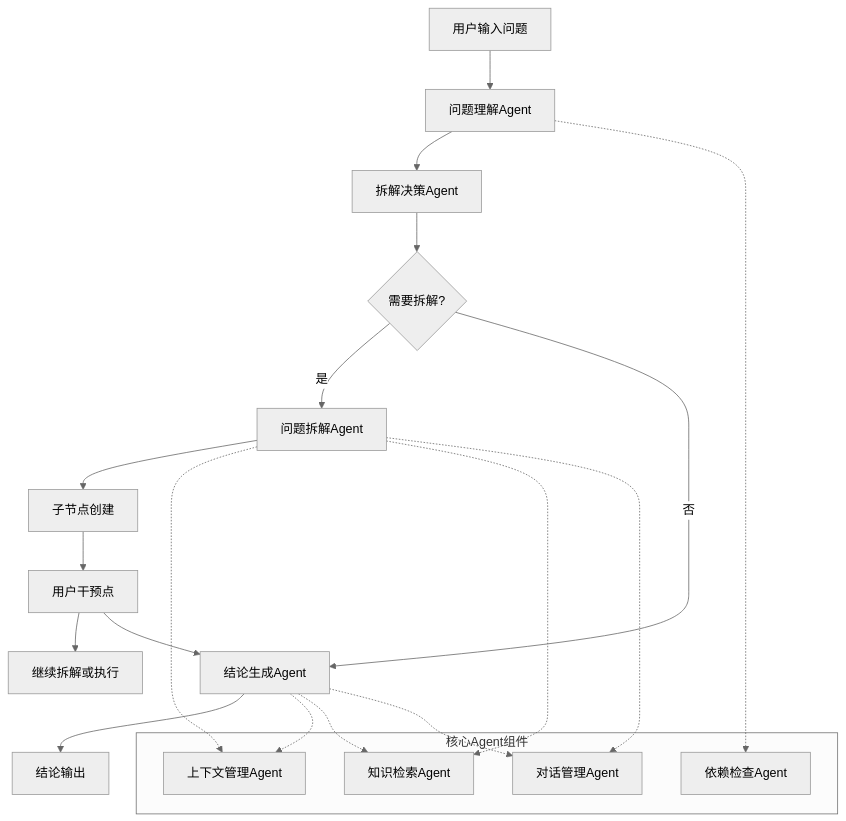
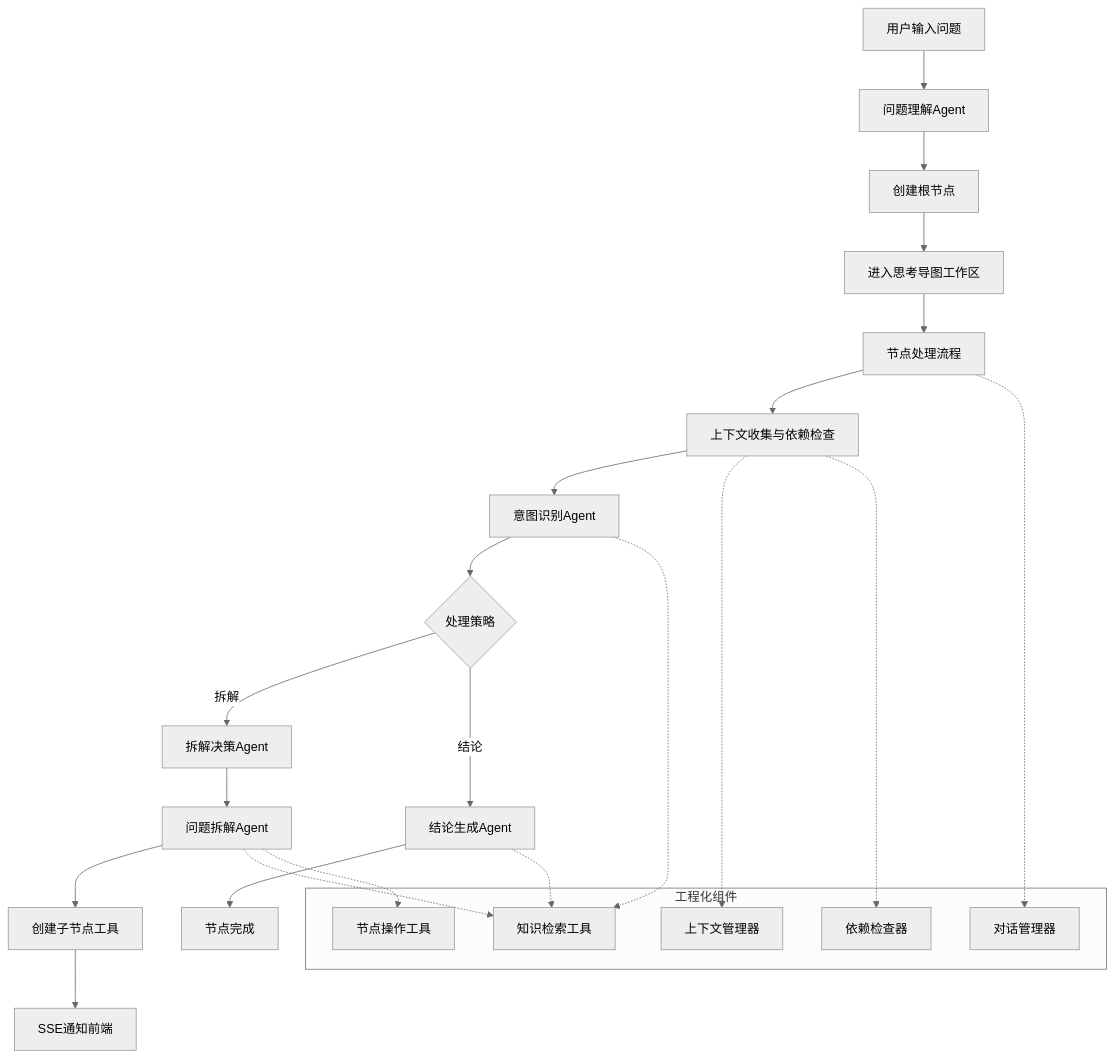
One commit to PGshen/thinking-map changed the first of 7 diagrams in docs/agent-system-design.md. Above: the diagram before and after it, drawn with Mermaid (neutral theme). The commit also changed other lines of this file, not shown here.

````diff
--- a/docs/agent-system-design.md
+++ b/docs/agent-system-design.md
@@ -16,28 +16,32 @@
 ```mermaid
 graph TB
     A[用户输入问题] --> B[问题理解Agent]
-    B --> C[拆解决策Agent]
-    C --> D{需要拆解?}
-    D -->|是| E[问题拆解Agent]
-    D -->|否| F[结论生成Agent]
-    E --> G[子节点创建]
-    G --> H[用户干预点]
-    H --> I[继续拆解或执行]
-    F --> J[结论输出]
-    H --> F
+    B --> C[创建根节点]
+    C --> D[进入思考导图工作区]
+    D --> E[节点处理流程]
+    E --> F[上下文收集与依赖检查]
+    F --> G[意图识别Agent]
+    G --> H{处理策略}
+    H -->|拆解| I[拆解决策Agent]
+    H -->|结论| J[结论生成Agent]
+    I --> K[问题拆解Agent]
+    K --> L[创建子节点工具]
+    L --> M[SSE通知前端]
+    J --> N[节点完成]
     
-    subgraph "核心Agent组件"
-        K[上下文管理Agent]
-        L[依赖检查Agent]
-        M[知识检索Agent]
-        N[对话管理Agent]
+    subgraph "工程化组件"
+        O[上下文管理器]
+        P[依赖检查器]
+        Q[知识检索工具]
+        R[对话管理器]
+        S[节点操作工具]
     end
     
-    E -.-> K
-    E -.-> M
-    F -.-> K
-    F -.-> M
-    B -.-> L
-    E -.-> N
-    F -.-> N
+    F -.-> O
+    F -.-> P
+    G -.-> Q
+    K -.-> Q
+    J -.-> Q
+    K -.-> S
+    E -.-> R
 ```
````
